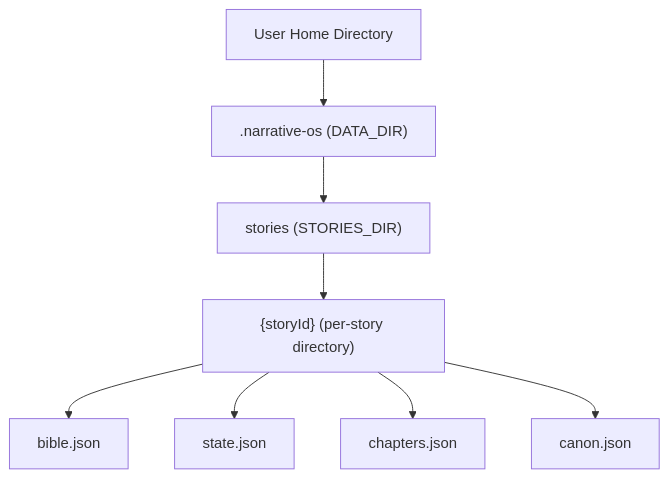
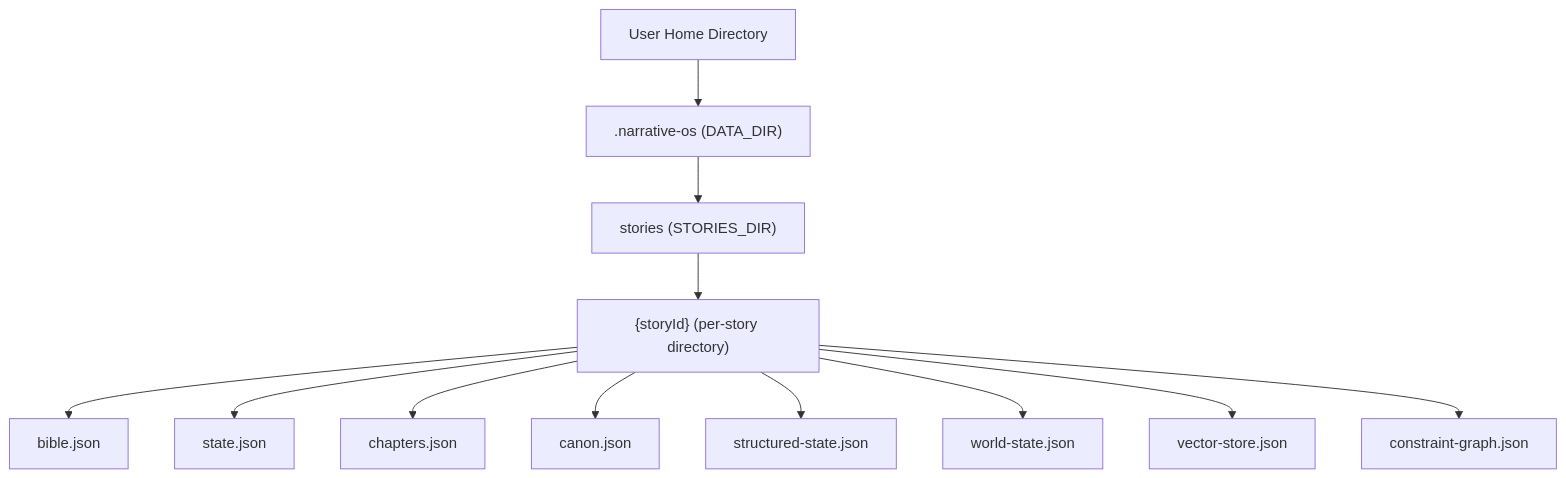
The first of 8 diagrams in .qoder/repowiki/en/content/Story Management System/Local Storage & Persistence.md (liwonder/NARRITIVE_OS), drawn with Mermaid before and after one commit. The commit also changed other lines of this file and 12 other files, not shown here.

````diff
--- a/.qoder/repowiki/en/content/Story Management System/Local Storage & Persistence.md
+++ b/.qoder/repowiki/en/content/Story Management System/Local Storage & Persistence.md
@@ -47,18 +62,26 @@
 ```mermaid
 graph TB
 Home["User Home Directory"]
 DataDir[".narrative-os (DATA_DIR)"]
 Stories["stories (STORIES_DIR)"]
 Story["{storyId} (per-story directory)"]
 Bible["bible.json"]
 State["state.json"]
 Chapters["chapters.json"]
 Canon["canon.json"]
+Structured["structured-state.json"]
+World["world-state.json"]
+Vector["vector-store.json"]
+Graph["constraint-graph.json"]
 Home --> DataDir
 DataDir --> Stories
 Stories --> Story
 Story --> Bible
 Story --> State
 Story --> Chapters
 Story --> Canon
+Story --> Structured
+Story --> World
+Story --> Vector
+Story --> Graph
 ```
````
